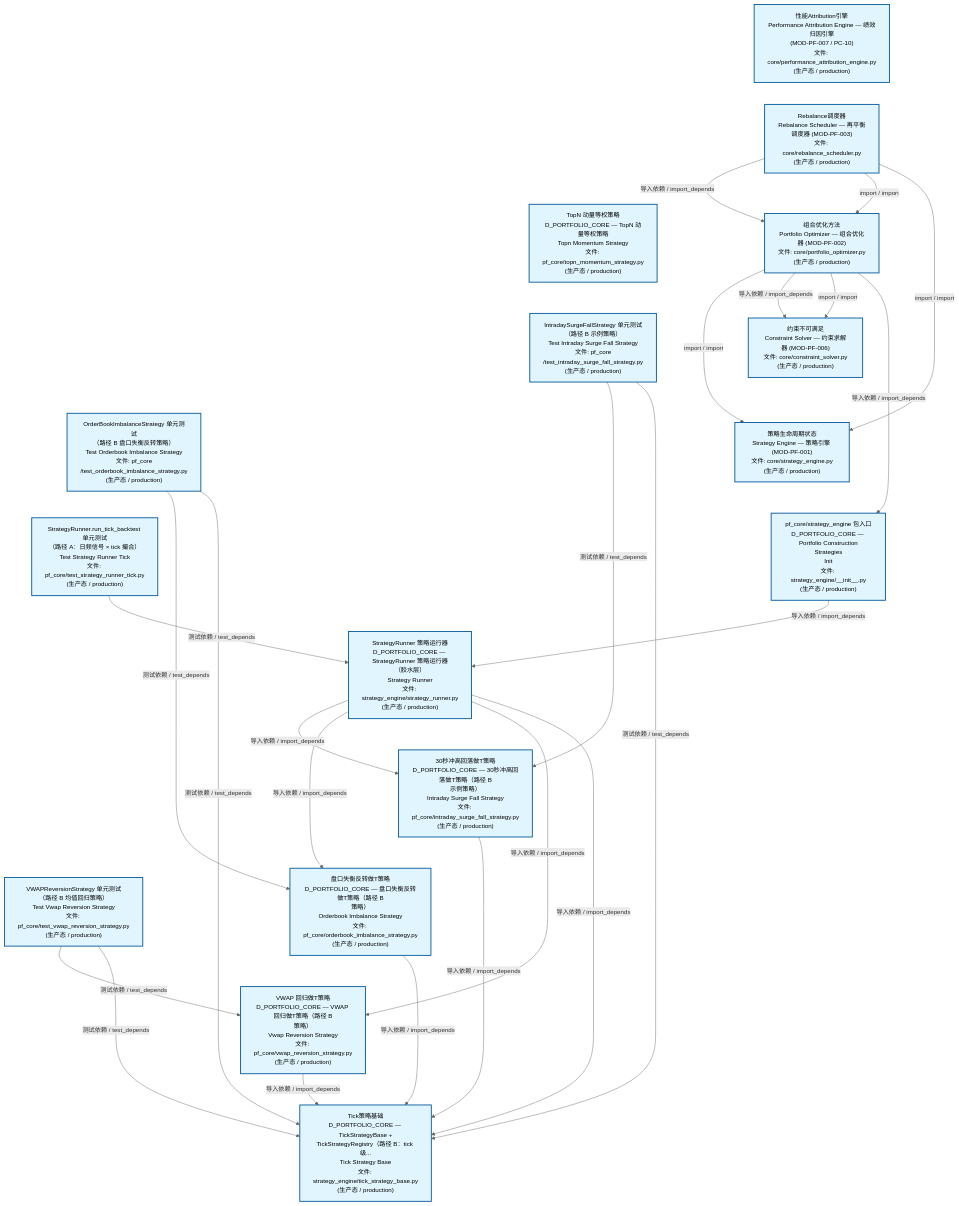
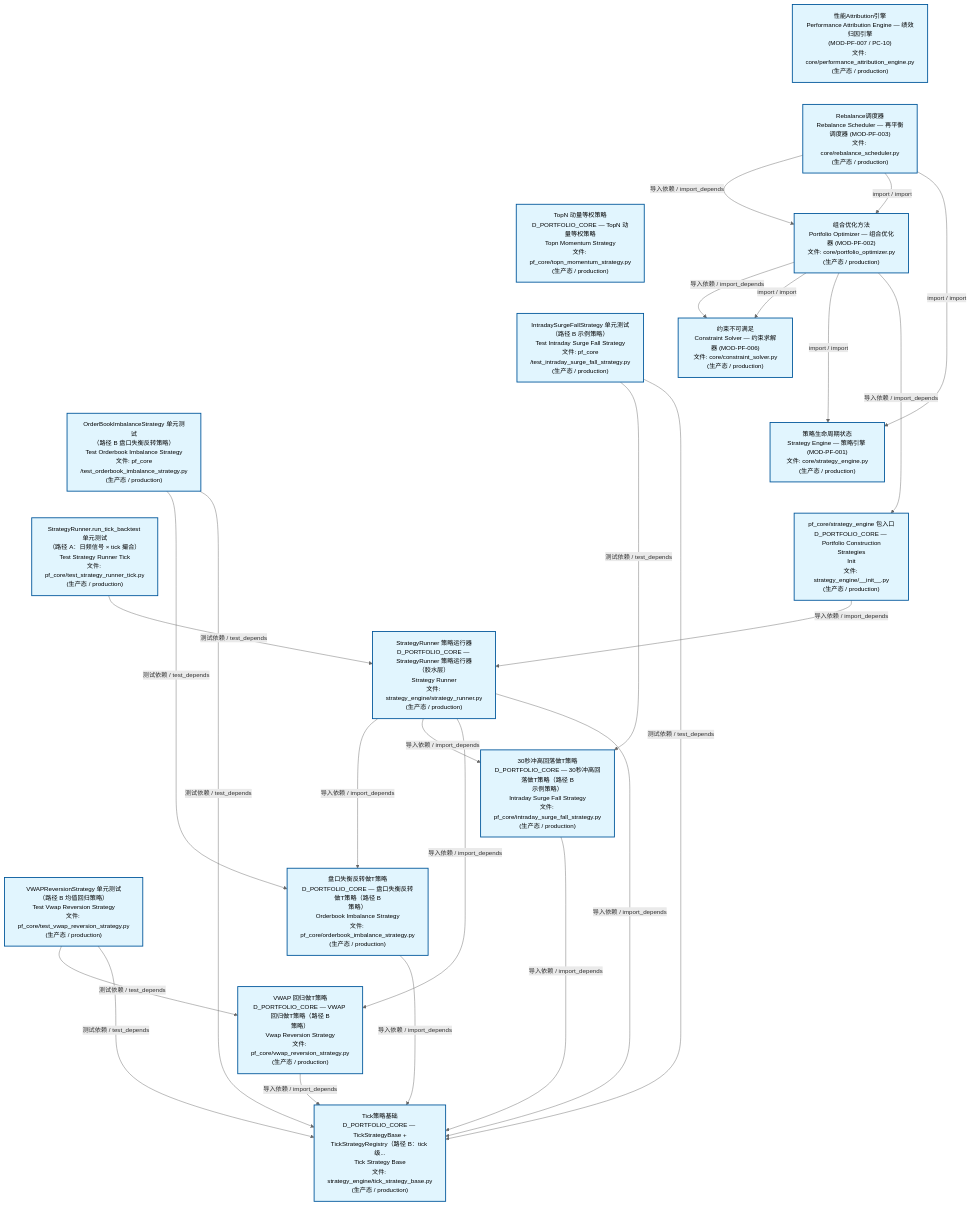
The second of 3 diagrams in docs/02_enterprise_architecture/02_domain_architecture_docs/63_d_pf_core.md (xuanFelixVan/ZephyrAlpha), drawn with Mermaid before and after one commit. The commit also changed other lines of this file and 150 other files, not shown here.

````diff
--- a/docs/02_enterprise_architecture/02_domain_architecture_docs/63_d_pf_core.md
+++ b/docs/02_enterprise_architecture/02_domain_architecture_docs/63_d_pf_core.md
@@ -141,57 +141,57 @@
 ```mermaid
 %%{init: {'theme': 'base', 'themeVariables': {'primaryColor': '#eaeaea', 'primaryTextColor': '#333333', 'primaryBorderColor': '#666666', 'lineColor': '#666666', 'secondaryColor': '#eaeaea', 'tertiaryColor': '#eaeaea', 'fontSize': '14px'}}}%%
 flowchart TD
     src_zephyr_pf_core_core_performance_attribution_engine_py["性能Attribution引擎<br/>Performance Attribution Engine — 绩效归因引擎<br/>(MOD-PF-007 / PC-10)<br/>文件: core/performance_attribution_engine.py<br/>(生产态 / production)"]
     src_zephyr_pf_core_core_rebalance_scheduler_py["Rebalance调度器<br/>Rebalance Scheduler — 再平衡调度器 (MOD-PF-003)<br/>文件: core/rebalance_scheduler.py<br/>(生产态 / production)"]
     src_zephyr_pf_core_topn_momentum_strategy_py["TopN 动量等权策略<br/>D_PORTFOLIO_CORE — TopN 动量等权策略<br/>Topn Momentum Strategy<br/>文件: pf_core/topn_momentum_strategy.py<br/>(生产态 / production)"]
     tests_pf_core_test_intraday_surge_fall_strategy_py["IntradaySurgeFallStrategy 单元测试<br/>（路径 B 示例策略）<br/>Test Intraday Surge Fall Strategy<br/>文件: pf_core<br/>/test_intraday_surge_fall_strategy.py<br/>(生产态 / production)"]
     tests_pf_core_test_orderbook_imbalance_strategy_py["OrderBookImbalanceStrategy 单元测试<br/>（路径 B 盘口失衡反转策略）<br/>Test Orderbook Imbalance Strategy<br/>文件: pf_core<br/>/test_orderbook_imbalance_strategy.py<br/>(生产态 / production)"]
     tests_pf_core_test_strategy_runner_tick_py["StrategyRunner.run_tick_backtest 单元测试<br/>（路径 A：日频信号 × tick 撮合）<br/>Test Strategy Runner Tick<br/>文件: pf_core/test_strategy_runner_tick.py<br/>(生产态 / production)"]
     tests_pf_core_test_vwap_reversion_strategy_py["VWAPReversionStrategy 单元测试<br/>（路径 B 均值回归策略）<br/>Test Vwap Reversion Strategy<br/>文件: pf_core/test_vwap_reversion_strategy.py<br/>(生产态 / production)"]
     src_zephyr_pf_core_core_performance_attribution_engine_py ~~~ src_zephyr_pf_core_core_rebalance_scheduler_py
     src_zephyr_pf_core_core_rebalance_scheduler_py ~~~ src_zephyr_pf_core_topn_momentum_strategy_py
     src_zephyr_pf_core_topn_momentum_strategy_py ~~~ tests_pf_core_test_intraday_surge_fall_strategy_py
     tests_pf_core_test_intraday_surge_fall_strategy_py ~~~ tests_pf_core_test_orderbook_imbalance_strategy_py
     tests_pf_core_test_orderbook_imbalance_strategy_py ~~~ tests_pf_core_test_strategy_runner_tick_py
     tests_pf_core_test_strategy_runner_tick_py ~~~ tests_pf_core_test_vwap_reversion_strategy_py
     src_zephyr_pf_core_core_portfolio_optimizer_py["组合优化方法<br/>Portfolio Optimizer — 组合优化器 (MOD-PF-002)<br/>文件: core/portfolio_optimizer.py<br/>(生产态 / production)"]
     src_zephyr_pf_core_core_constraint_solver_py["约束不可满足<br/>Constraint Solver — 约束求解器 (MOD-PF-006)<br/>文件: core/constraint_solver.py<br/>(生产态 / production)"]
     src_zephyr_pf_core_core_strategy_engine_py["策略生命周期状态<br/>Strategy Engine — 策略引擎 (MOD-PF-001)<br/>文件: core/strategy_engine.py<br/>(生产态 / production)"]
     src_zephyr_pf_core_strategy_engine_init_py["pf_core/strategy_engine 包入口<br/>D_PORTFOLIO_CORE — Portfolio Construction<br/>Strategies<br/>Init<br/>文件: strategy_engine/__init__.py<br/>(生产态 / production)"]
     src_zephyr_pf_core_core_constraint_solver_py ~~~ src_zephyr_pf_core_core_strategy_engine_py
     src_zephyr_pf_core_core_strategy_engine_py ~~~ src_zephyr_pf_core_strategy_engine_init_py
     src_zephyr_pf_core_strategy_engine_strategy_runner_py["StrategyRunner 策略运行器<br/>D_PORTFOLIO_CORE — StrategyRunner 策略运行器<br/>（胶水层）<br/>Strategy Runner<br/>文件: strategy_engine/strategy_runner.py<br/>(生产态 / production)"]
     src_zephyr_pf_core_intraday_surge_fall_strategy_py["30秒冲高回落做T策略<br/>D_PORTFOLIO_CORE — 30秒冲高回落做T策略（路径 B<br/>示例策略）<br/>Intraday Surge Fall Strategy<br/>文件: pf_core/intraday_surge_fall_strategy.py<br/>(生产态 / production)"]
     src_zephyr_pf_core_orderbook_imbalance_strategy_py["盘口失衡反转做T策略<br/>D_PORTFOLIO_CORE — 盘口失衡反转做T策略（路径 B<br/>策略）<br/>Orderbook Imbalance Strategy<br/>文件: pf_core/orderbook_imbalance_strategy.py<br/>(生产态 / production)"]
     src_zephyr_pf_core_vwap_reversion_strategy_py["VWAP 回归做T策略<br/>D_PORTFOLIO_CORE — VWAP 回归做T策略（路径 B<br/>策略）<br/>Vwap Reversion Strategy<br/>文件: pf_core/vwap_reversion_strategy.py<br/>(生产态 / production)"]
     src_zephyr_pf_core_intraday_surge_fall_strategy_py ~~~ src_zephyr_pf_core_orderbook_imbalance_strategy_py
     src_zephyr_pf_core_orderbook_imbalance_strategy_py ~~~ src_zephyr_pf_core_vwap_reversion_strategy_py
     src_zephyr_pf_core_strategy_engine_tick_strategy_base_py["Tick策略基础<br/>D_PORTFOLIO_CORE — TickStrategyBase +<br/>TickStrategyRegistry（路径 B：tick 级...<br/>Tick Strategy Base<br/>文件: strategy_engine/tick_strategy_base.py<br/>(生产态 / production)"]
+    src_zephyr_pf_core_orderbook_imbalance_strategy_py -->|导入依赖 / import_depends| src_zephyr_pf_core_strategy_engine_tick_strategy_base_py
     src_zephyr_pf_core_intraday_surge_fall_strategy_py -->|导入依赖 / import_depends| src_zephyr_pf_core_strategy_engine_tick_strategy_base_py
-    src_zephyr_pf_core_orderbook_imbalance_strategy_py -->|导入依赖 / import_depends| src_zephyr_pf_core_strategy_engine_tick_strategy_base_py
-    src_zephyr_pf_core_vwap_reversion_strategy_py -->|导入依赖 / import_depends| src_zephyr_pf_core_strategy_engine_tick_strategy_base_py
-    src_zephyr_pf_core_core_portfolio_optimizer_py -->|import / import| src_zephyr_pf_core_core_strategy_engine_py
     src_zephyr_pf_core_core_portfolio_optimizer_py -->|导入依赖 / import_depends| src_zephyr_pf_core_core_constraint_solver_py
     src_zephyr_pf_core_core_portfolio_optimizer_py -->|import / import| src_zephyr_pf_core_core_constraint_solver_py
+    src_zephyr_pf_core_core_portfolio_optimizer_py -->|import / import| src_zephyr_pf_core_core_strategy_engine_py
     src_zephyr_pf_core_core_portfolio_optimizer_py -->|导入依赖 / import_depends| src_zephyr_pf_core_strategy_engine_init_py
+    src_zephyr_pf_core_vwap_reversion_strategy_py -->|导入依赖 / import_depends| src_zephyr_pf_core_strategy_engine_tick_strategy_base_py
     src_zephyr_pf_core_core_rebalance_scheduler_py -->|导入依赖 / import_depends| src_zephyr_pf_core_core_portfolio_optimizer_py
     src_zephyr_pf_core_core_rebalance_scheduler_py -->|import / import| src_zephyr_pf_core_core_portfolio_optimizer_py
     src_zephyr_pf_core_core_rebalance_scheduler_py -->|import / import| src_zephyr_pf_core_core_strategy_engine_py
+    src_zephyr_pf_core_strategy_engine_init_py -->|导入依赖 / import_depends| src_zephyr_pf_core_strategy_engine_strategy_runner_py
+    src_zephyr_pf_core_strategy_engine_strategy_runner_py -->|导入依赖 / import_depends| src_zephyr_pf_core_orderbook_imbalance_strategy_py
     src_zephyr_pf_core_strategy_engine_strategy_runner_py -->|导入依赖 / import_depends| src_zephyr_pf_core_intraday_surge_fall_strategy_py
-    src_zephyr_pf_core_strategy_engine_strategy_runner_py -->|导入依赖 / import_depends| src_zephyr_pf_core_orderbook_imbalance_strategy_py
     src_zephyr_pf_core_strategy_engine_strategy_runner_py -->|导入依赖 / import_depends| src_zephyr_pf_core_vwap_reversion_strategy_py
     src_zephyr_pf_core_strategy_engine_strategy_runner_py -->|导入依赖 / import_depends| src_zephyr_pf_core_strategy_engine_tick_strategy_base_py
-    src_zephyr_pf_core_strategy_engine_init_py -->|导入依赖 / import_depends| src_zephyr_pf_core_strategy_engine_strategy_runner_py
     tests_pf_core_test_intraday_surge_fall_strategy_py -->|测试依赖 / test_depends| src_zephyr_pf_core_intraday_surge_fall_strategy_py
     tests_pf_core_test_intraday_surge_fall_strategy_py -->|测试依赖 / test_depends| src_zephyr_pf_core_strategy_engine_tick_strategy_base_py
     tests_pf_core_test_orderbook_imbalance_strategy_py -->|测试依赖 / test_depends| src_zephyr_pf_core_orderbook_imbalance_strategy_py
     tests_pf_core_test_orderbook_imbalance_strategy_py -->|测试依赖 / test_depends| src_zephyr_pf_core_strategy_engine_tick_strategy_base_py
-    tests_pf_core_test_strategy_runner_tick_py -->|测试依赖 / test_depends| src_zephyr_pf_core_strategy_engine_strategy_runner_py
     tests_pf_core_test_vwap_reversion_strategy_py -->|测试依赖 / test_depends| src_zephyr_pf_core_vwap_reversion_strategy_py
     tests_pf_core_test_vwap_reversion_strategy_py -->|测试依赖 / test_depends| src_zephyr_pf_core_strategy_engine_tick_strategy_base_py
+    tests_pf_core_test_strategy_runner_tick_py -->|测试依赖 / test_depends| src_zephyr_pf_core_strategy_engine_strategy_runner_py
     classDef production fill:#e1f5fe,stroke:#01579b,stroke-width:2px,color:#000
     classDef design fill:#fff3e0,stroke:#e65100,stroke-width:2px,color:#000,stroke-dasharray: 5 5
     classDef external_prod fill:#e8f4fd,stroke:#0277bd,stroke-width:1px,color:#000
     classDef external_design fill:#fff8e7,stroke:#ef6c00,stroke-width:1px,color:#000,stroke-dasharray: 5 5
     class src_zephyr_pf_core_core_constraint_solver_py,src_zephyr_pf_core_core_performance_attribution_engine_py,src_zephyr_pf_core_core_portfolio_optimizer_py,src_zephyr_pf_core_core_rebalance_scheduler_py,src_zephyr_pf_core_core_strategy_engine_py,src_zephyr_pf_core_intraday_surge_fall_strategy_py,src_zephyr_pf_core_orderbook_imbalance_strategy_py,src_zephyr_pf_core_strategy_engine_init_py,src_zephyr_pf_core_strategy_engine_strategy_runner_py,src_zephyr_pf_core_strategy_engine_tick_strategy_base_py,src_zephyr_pf_core_topn_momentum_strategy_py,src_zephyr_pf_core_vwap_reversion_strategy_py,tests_pf_core_test_intraday_surge_fall_strategy_py,tests_pf_core_test_orderbook_imbalance_strategy_py,tests_pf_core_test_strategy_runner_tick_py,tests_pf_core_test_vwap_reversion_strategy_py production
 ```
````
